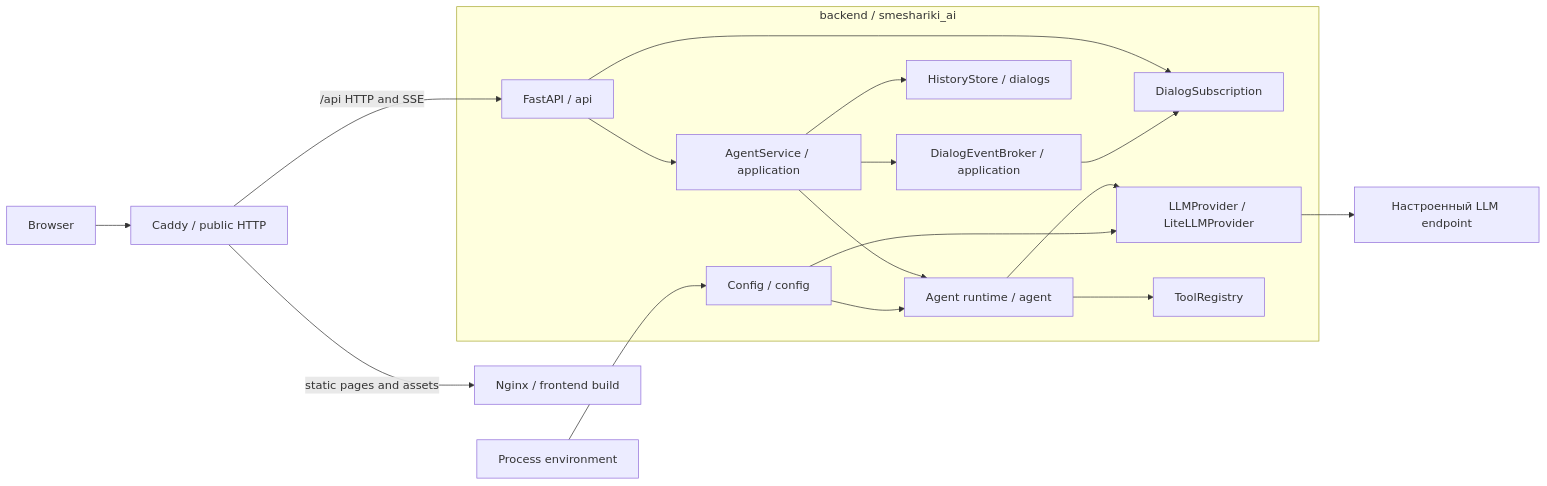
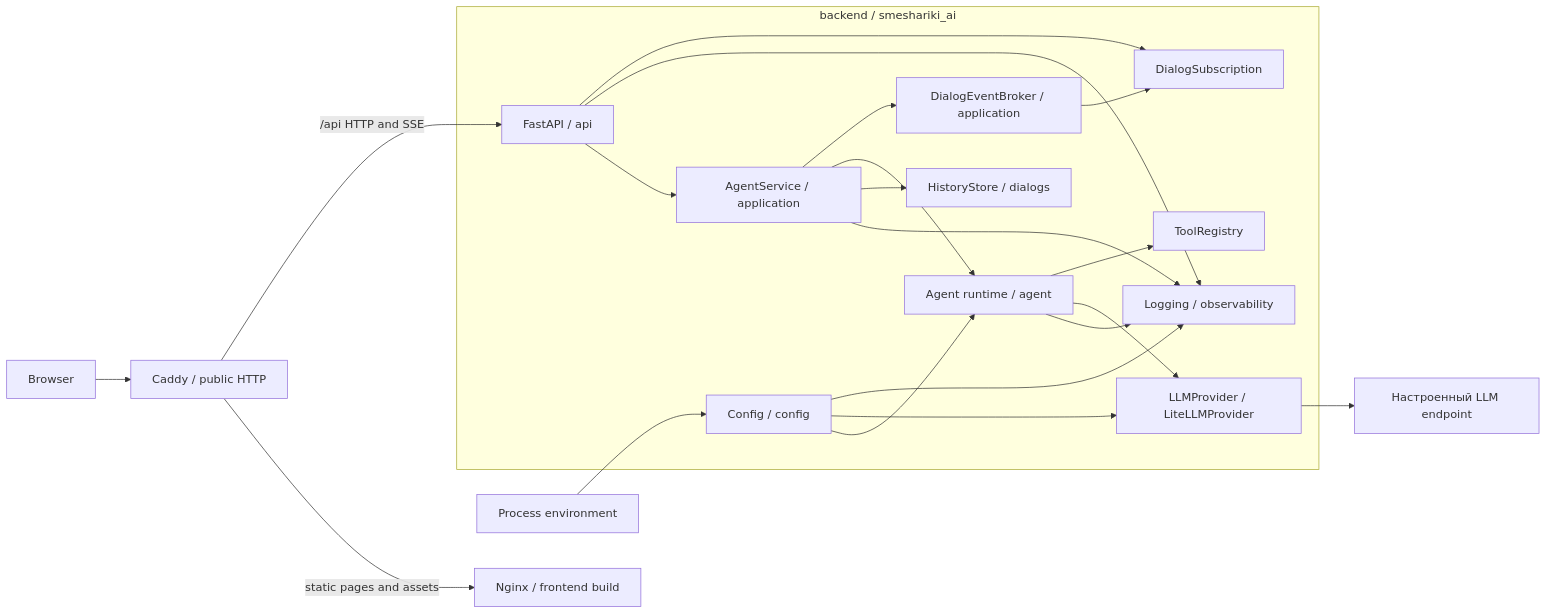
One commit to Nisakoo/BMSTU-NIRS changed the diagram in docs/README.md. Above: the diagram before and after it, drawn with Mermaid. The commit also changed other lines of this file and 28 other files, not shown here.

````diff
--- a/docs/README.md
+++ b/docs/README.md
@@ -38,39 +40,44 @@
 ```mermaid
 flowchart LR
     Browser[Browser]
 
     Caddy[Caddy / public HTTP]
     Nginx[Nginx / frontend build]
 
     subgraph Backend[backend / smeshariki_ai]
         Config[Config / config]
+        Logging[Logging / observability]
         API[FastAPI / api]
         Service[AgentService / application]
         Broker[DialogEventBroker / application]
         Subscription[DialogSubscription]
         History[HistoryStore / dialogs]
         Agent[Agent runtime / agent]
         LLM[LLMProvider / LiteLLMProvider]
         Tools[ToolRegistry]
 
         API --> Service
         Config --> Agent
         Config --> LLM
+        Config --> Logging
+        API --> Logging
+        Service --> Logging
+        Agent --> Logging
         Service --> History
         Service --> Agent
         Service --> Broker
         Broker --> Subscription
         API --> Subscription
         Agent --> LLM
         Agent --> Tools
     end
 
     Model[Настроенный LLM endpoint]
     Environment[Process environment]
 
     Browser --> Caddy
     Caddy -->|static pages and assets| Nginx
     Caddy -->|/api HTTP and SSE| API
     Environment --> Config
     LLM --> Model
 ```
````
